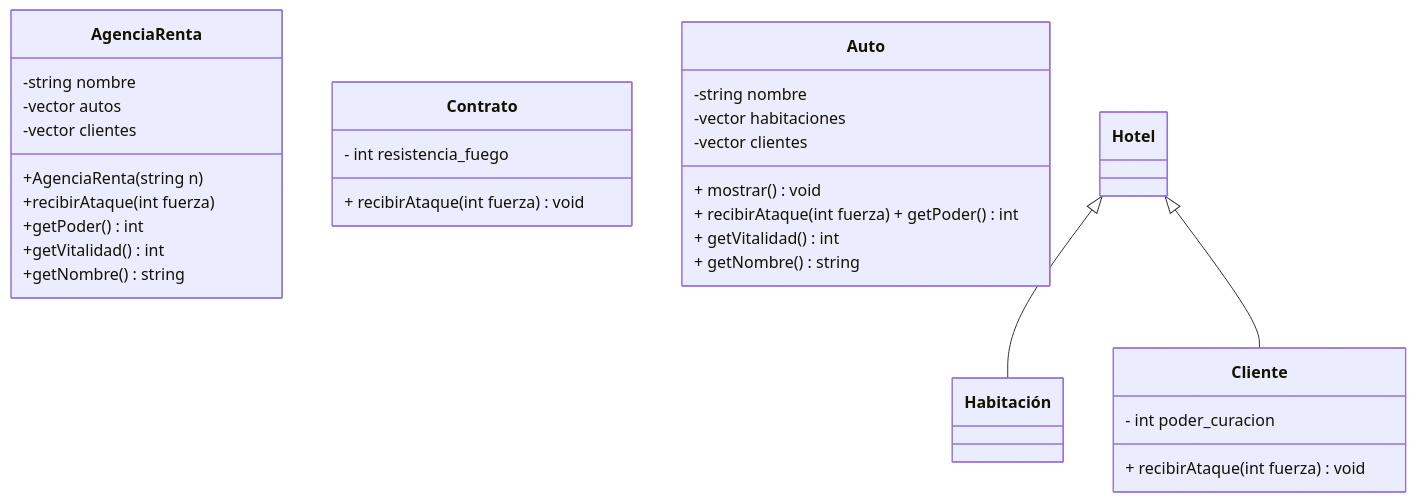
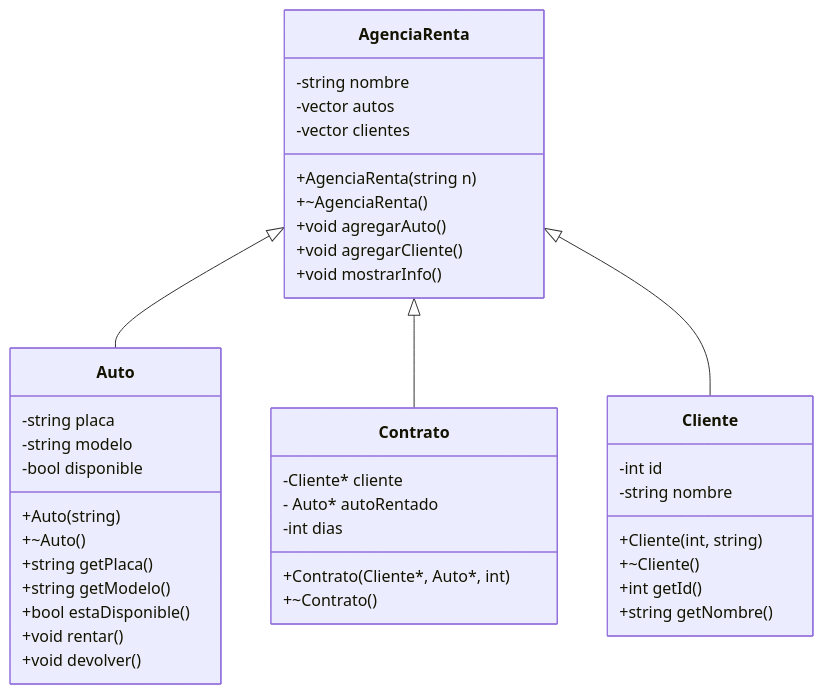
The diagram in programa_2.md (anto20417/Diagrama-clases), drawn with Mermaid before and after one commit.

Commit message:
programa_2.md

````diff
--- a/programa_2.md
+++ b/programa_2.md
@@ -1,37 +1,48 @@
 ```mermaid
 classDiagram
     class AgenciaRenta {
         -string nombre
         -vector <Auto*> autos 
         -vector <Cliente*> clientes
         +AgenciaRenta(string n)
-        +recibirAtaque(int fuerza)
-        +getPoder() int
-        +getVitalidad() int
-        +getNombre() string
+        +~AgenciaRenta()
+        +void agregarAuto()
+        +void agregarCliente()
+        +void mostrarInfo()
     }
     
     class Contrato {
-        - int resistencia_fuego
-        + recibirAtaque(int fuerza) void
+        -Cliente* cliente
+        - Auto* autoRentado
+        -int dias
+        +Contrato(Cliente*, Auto*, int)
+        +~Contrato()
     }
     
     class Cliente {
-        - int poder_curacion
-        + recibirAtaque(int fuerza) void
+        -int id
+        -string nombre
+        +Cliente(int, string)
+        +~Cliente()
+        +int getId()
+        +string getNombre()
     }
 
 class Auto {
-        -string nombre
-        -vector <Habitación> habitaciones 
-        -vector <Cliente*> clientes
-        + mostrar() void
-        + recibirAtaque(int fuerza)         + getPoder() int
-        + getVitalidad() int
-        + getNombre() string
+        -string placa
+        -string modelo
+        -bool disponible
+        +Auto(string)
+        +~Auto()
+        +string getPlaca()
+        +string getModelo()
+        +bool estaDisponible()
+        +void rentar()
+        +void devolver()
     }
     
     
-    Hotel <|-- Habitación
-    Hotel <|-- Cliente
+    AgenciaRenta <|-- Auto
+    AgenciaRenta <|-- Contrato
+    AgenciaRenta <|-- Cliente
 ```
````
